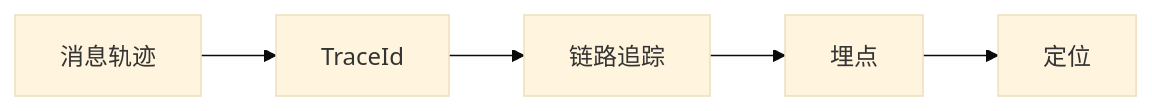
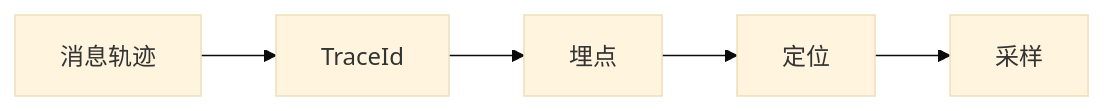
Before and after one commit to tghrxxxyyy/knowledge-base: the diagram in 基础知识/中间件/消息轨迹与全链路追踪.md, drawn with Mermaid (base theme). The commit also changed other lines of this file and 385 other files, not shown here.

````diff
--- a/基础知识/中间件/消息轨迹与全链路追踪.md
+++ b/基础知识/中间件/消息轨迹与全链路追踪.md
@@ -19,9 +19,9 @@
 ```mermaid
 flowchart LR
     A[消息轨迹]
     B[TraceId]
-    C[链路追踪]
-    D[埋点]
-    E[定位]
+    C[埋点]
+    D[定位]
+    E[采样]
     A --> B --> C --> D --> E
 ```
````
